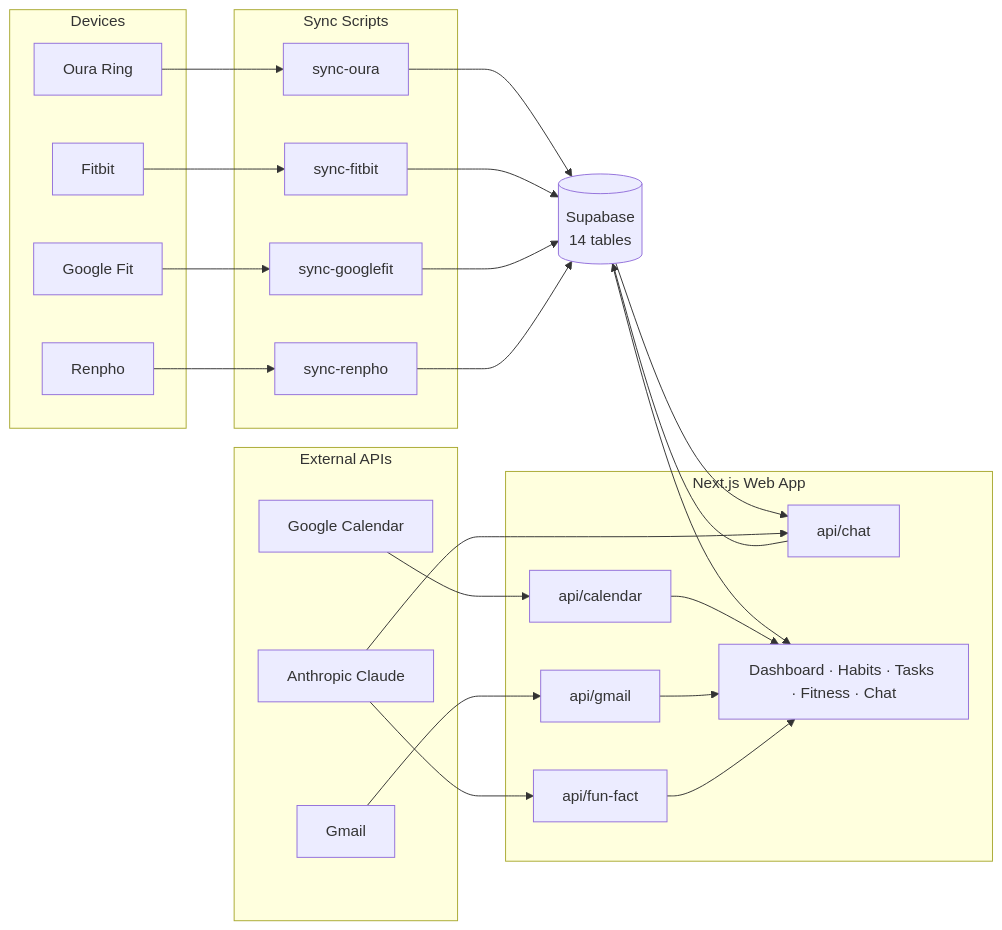
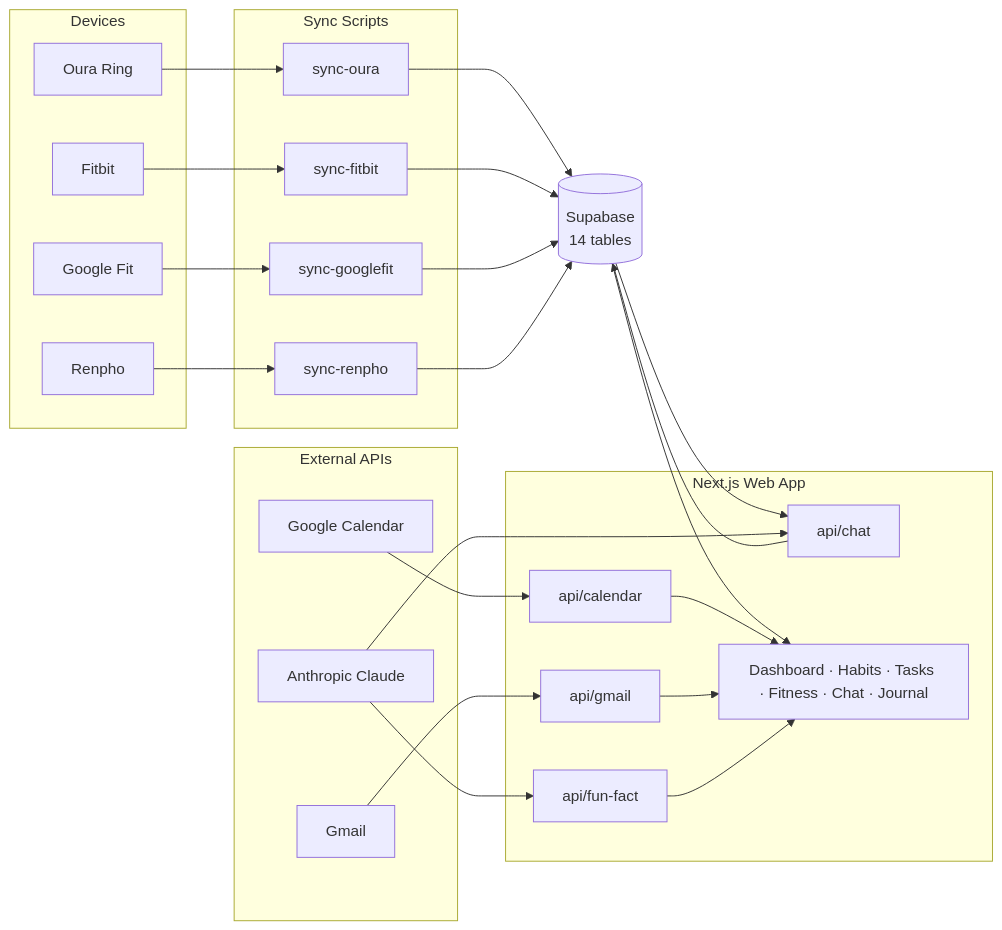
Before and after one commit to Theioz/mr-bridge-assistant: the diagram in README.md, drawn with Mermaid. The commit also changed other lines of this file and 1 other file, not shown here.

Commit message:
docs: update CHANGELOG and README for journal entry feature (#31)

````diff
--- a/README.md
+++ b/README.md
@@ -7,46 +7,46 @@
 ```mermaid
 flowchart LR
     subgraph devices["Devices"]
         oura["Oura Ring"]
         fitbit["Fitbit"]
         gfit["Google Fit"]
         renpho["Renpho"]
     end
 
     subgraph scripts["Sync Scripts"]
         so["sync-oura"]
         sf["sync-fitbit"]
         sg["sync-googlefit"]
         sr["sync-renpho"]
     end
 
     db[("Supabase\n14 tables")]
 
     subgraph web["Next.js Web App"]
         rc["api/chat"]
         rf["api/fun-fact"]
         rcal["api/calendar"]
         rmail["api/gmail"]
-        pg["Dashboard · Habits · Tasks · Fitness · Chat"]
+        pg["Dashboard · Habits · Tasks · Fitness · Chat · Journal"]
     end
 
     subgraph ext["External APIs"]
         cl["Anthropic Claude"]
         gc["Google Calendar"]
         gm["Gmail"]
     end
 
     oura --> so --> db
     fitbit --> sf --> db
     gfit --> sg --> db
     renpho --> sr --> db
 
     db --> pg
     db --> rc
     rc --> db
 
     cl --> rc & rf
     gc --> rcal --> pg
     gm --> rmail --> pg
     rf --> pg
 ```
````
